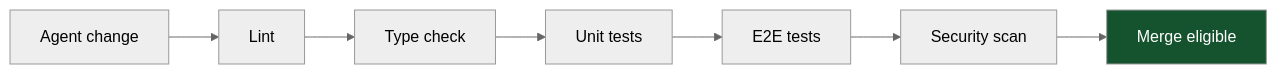
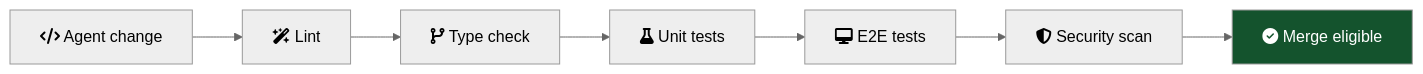
The third of 5 diagrams in content/en/ideas/agent-loops.mdx (nelson-o/nelson-o.github.io), drawn with Mermaid (neutral theme) before and after one commit. The commit also changed other lines of this file and 3 other files, not shown here.

````diff
--- a/content/en/ideas/agent-loops.mdx
+++ b/content/en/ideas/agent-loops.mdx
@@ -178,11 +178,11 @@
 ```mermaid
 flowchart LR
-  A["Agent change"] --> B["Lint"]
-  B --> C["Type check"]
-  C --> D["Unit tests"]
-  D --> E["E2E tests"]
-  E --> F["Security scan"]
-  F --> G["Merge eligible"]
+  A["fa:fa-code Agent change"] --> B["fa:fa-wand-magic-sparkles Lint"]
+  B --> C["fa:fa-code-branch Type check"]
+  C --> D["fa:fa-flask Unit tests"]
+  D --> E["fa:fa-desktop E2E tests"]
+  E --> F["fa:fa-shield-halved Security scan"]
+  F --> G["fa:fa-circle-check Merge eligible"]
 
   style G fill:#14532d,color:#fff
 ```
````
